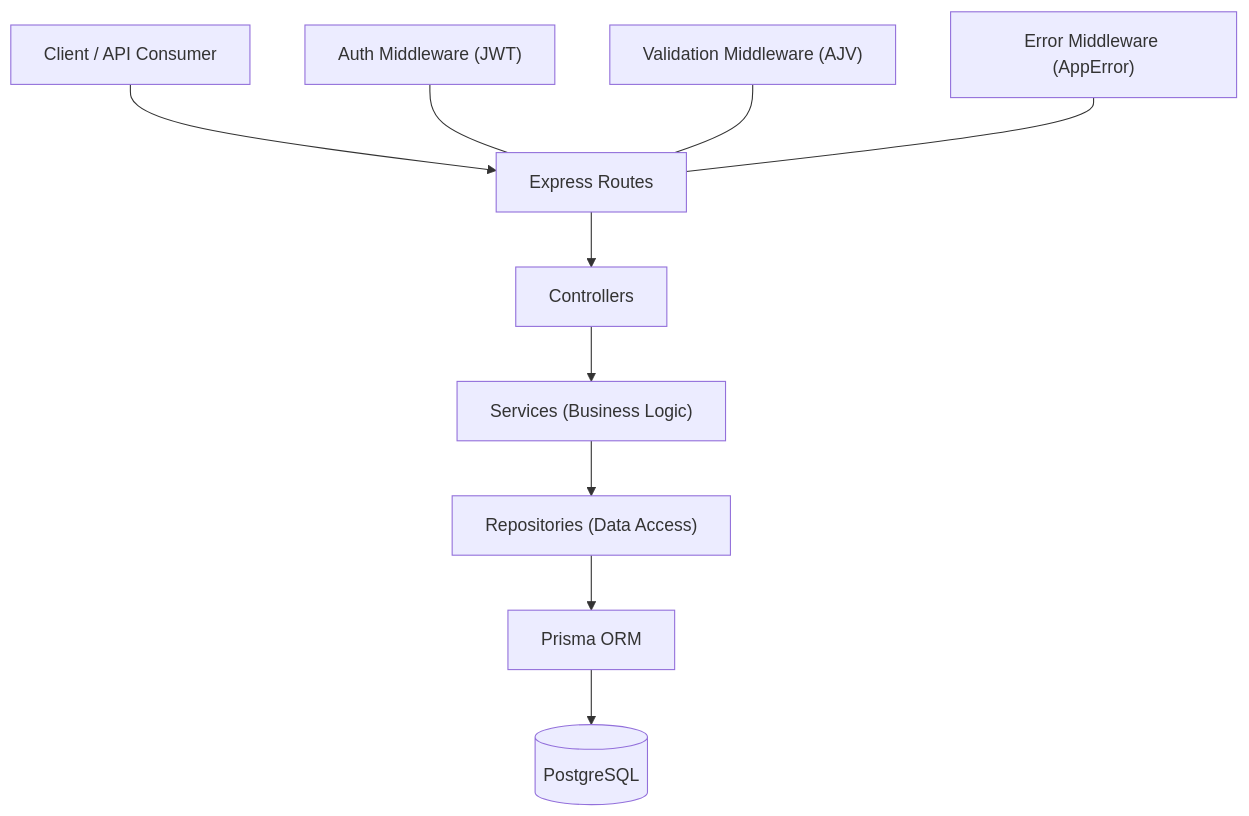
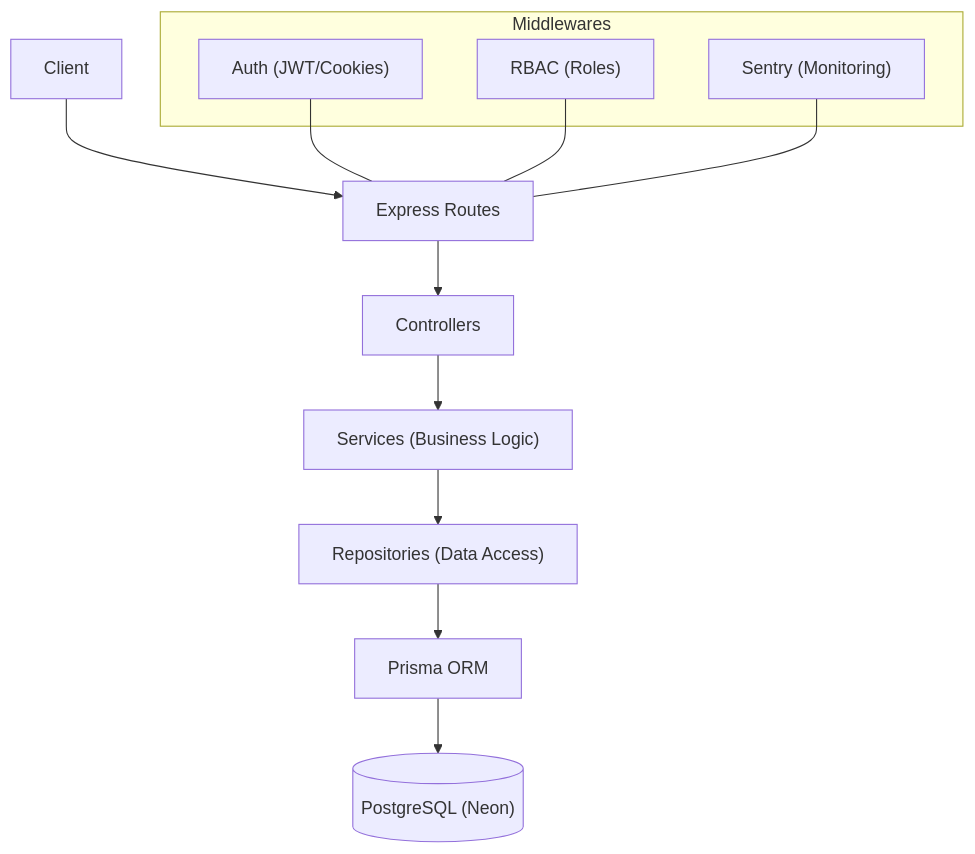
One commit to JuanjoRestrepo/task-manager-api changed the diagram in README.md. Above: the diagram before and after it, drawn with Mermaid. The commit also changed other lines of this file, not shown here.

Commit message:
docs: overhaul README with production architecture and monitoring details

````diff
--- a/README.md
+++ b/README.md
@@ -331,13 +73,18 @@
 ```mermaid
 flowchart TD
-  A["Client / API Consumer"] --> B["Express Routes"]
+  A["Client"] --> B["Express Routes"]
   B --> C["Controllers"]
   C --> D["Services (Business Logic)"]
   D --> E["Repositories (Data Access)"]
   E --> F["Prisma ORM"]
-  F --> G[("PostgreSQL")]
+  F --> G[("PostgreSQL (Neon)")]
 
-  X["Auth Middleware (JWT)"] --- B
-  Y["Validation Middleware (AJV)"] --- B
-  Z["Error Middleware (AppError)"] --- B
+  subgraph Middlewares
+    X["Auth (JWT/Cookies)"]
+    Y["RBAC (Roles)"]
+    Z["Sentry (Monitoring)"]
+  end
+  X --- B
+  Y --- B
+  Z --- B
 ```
````
